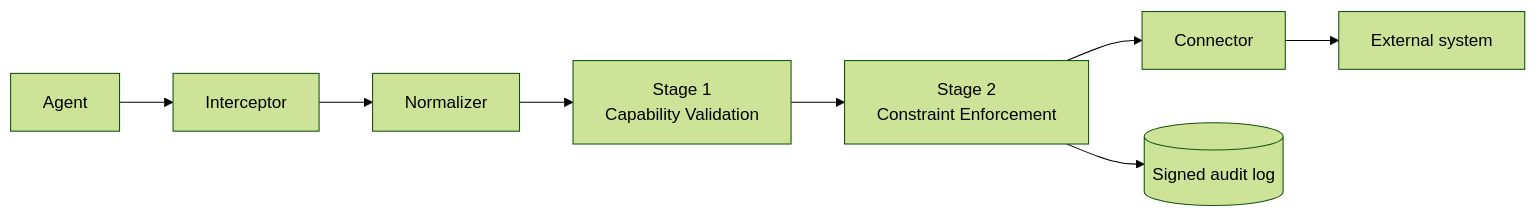
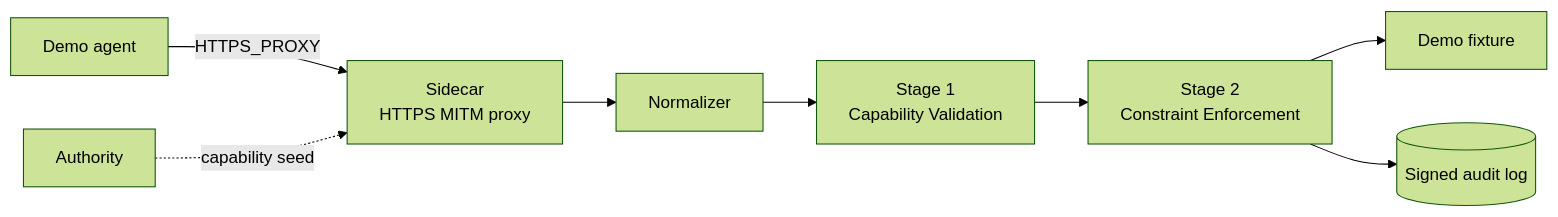
The diagram in docs-site/src/content/docs/quickstart.mdx (Firma-AI/openfirma), drawn with Mermaid (forest theme) before and after one commit. The commit also changed other lines of this file and 5 other files, not shown here.

````diff
--- a/docs-site/src/content/docs/quickstart.mdx
+++ b/docs-site/src/content/docs/quickstart.mdx
@@ -40,10 +42,10 @@
 ```mermaid
 flowchart LR
-    agent[Agent] --> interceptor[Interceptor]
-    interceptor --> normalizer[Normalizer]
+    agent[Demo agent] -- HTTPS_PROXY --> sidecar[Sidecar<br/>HTTPS MITM proxy]
+    sidecar --> normalizer[Normalizer]
     normalizer --> stage1["Stage 1<br/>Capability Validation"]
     stage1 --> stage2["Stage 2<br/>Constraint Enforcement"]
-    stage2 --> connector[Connector]
-    connector --> external[External system]
+    stage2 --> upstream[Demo fixture]
     stage2 --> audit[(Signed audit log)]
+    authority[Authority] -. capability seed .-> sidecar
 ```
````
